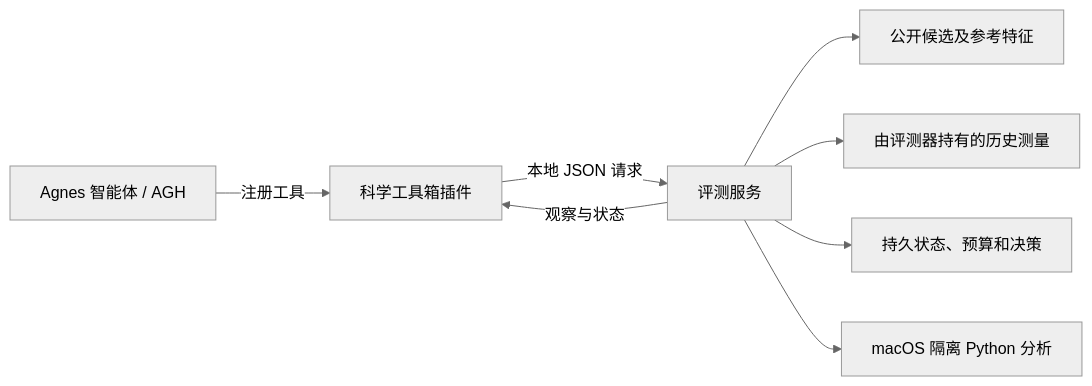
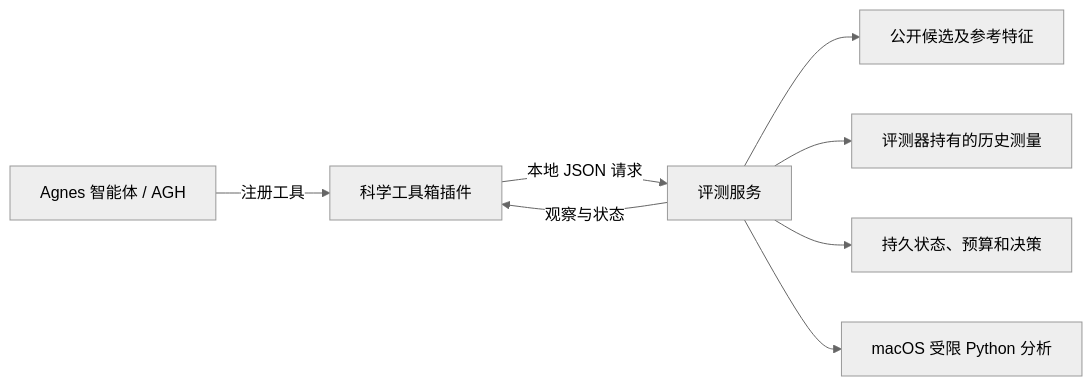
One commit to Yongji0427/protein-rescue-lab changed the diagram in README.zh-CN.md. Above: the diagram before and after it, drawn with Mermaid (neutral theme). The commit also changed other lines of this file and 2 other files, not shown here.

````diff
--- a/README.zh-CN.md
+++ b/README.zh-CN.md
@@ -19,10 +40,10 @@
 ```mermaid
 flowchart LR
     A[Agnes 智能体 / AGH] -->|注册工具| B[科学工具箱插件]
     B -->|本地 JSON 请求| C[评测服务]
     C --> D[公开候选及参考特征]
-    C --> E[由评测器持有的历史测量]
+    C --> E[评测器持有的历史测量]
     C --> F[持久状态、预算和决策]
     C -->|观察与状态| B
-    C --> G[macOS 隔离 Python 分析]
+    C --> G[macOS 受限 Python 分析]
 ```
````
